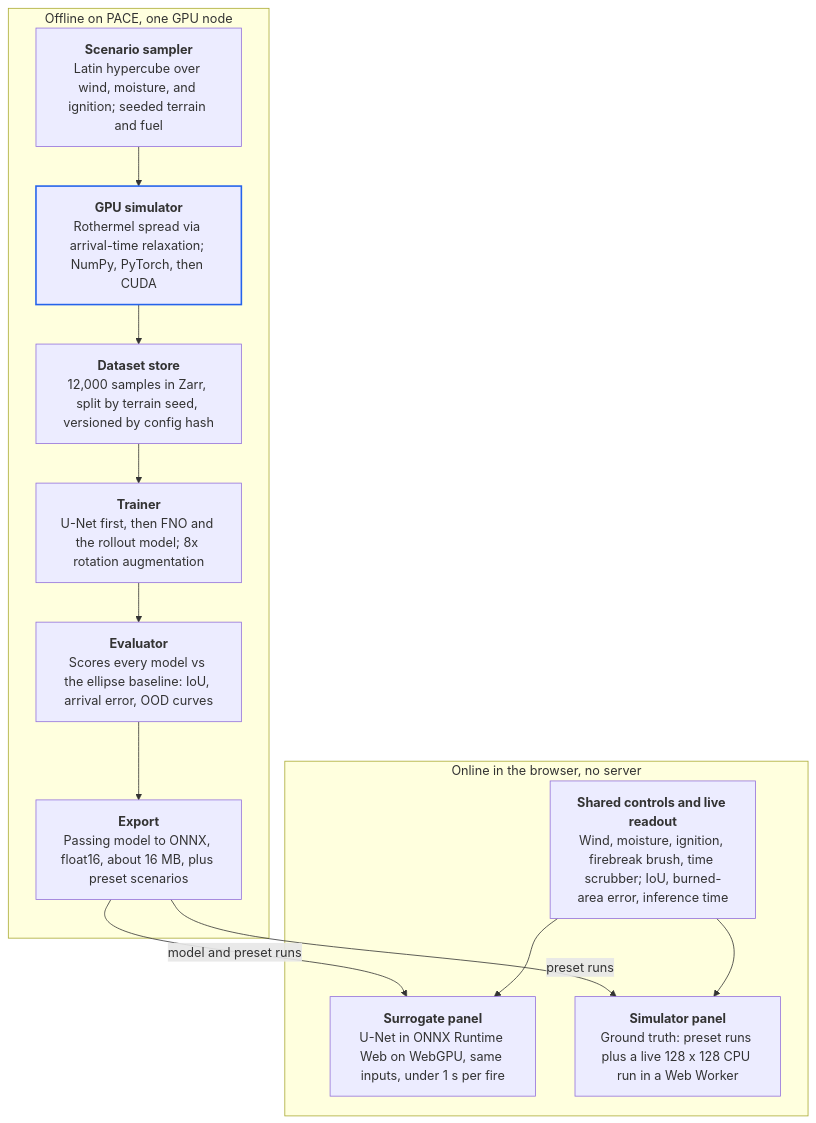
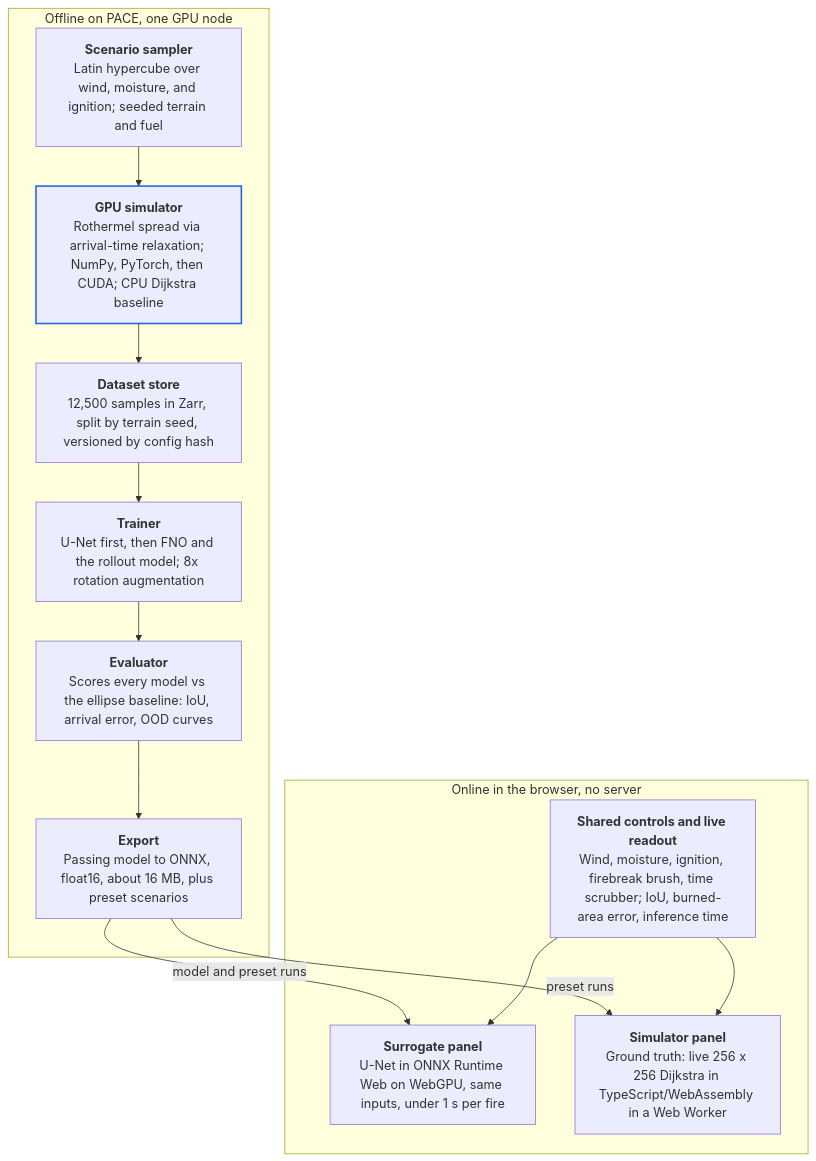
Before and after one commit to dylanhoule/flamecast: the diagram in prd.md, drawn with Mermaid. The commit also changed other lines of this file and 6 other files, not shown here.

````diff
--- a/prd.md
+++ b/prd.md
@@ -85,20 +89,20 @@
 ```mermaid
 flowchart TB
   subgraph PACE["Offline on PACE, one GPU node"]
-    A["<b>Scenario sampler</b><br/>Latin hypercube over wind, moisture, and ignition; seeded terrain and fuel"] --> B["<b>GPU simulator</b><br/>Rothermel spread via arrival-time relaxation; NumPy, PyTorch, then CUDA"]
-    B --> C["<b>Dataset store</b><br/>12,000 samples in Zarr, split by terrain seed, versioned by config hash"]
+    A["<b>Scenario sampler</b><br/>Latin hypercube over wind, moisture, and ignition; seeded terrain and fuel"] --> B["<b>GPU simulator</b><br/>Rothermel spread via arrival-time relaxation; NumPy, PyTorch, then CUDA; CPU Dijkstra baseline"]
+    B --> C["<b>Dataset store</b><br/>12,500 samples in Zarr, split by terrain seed, versioned by config hash"]
     C --> D["<b>Trainer</b><br/>U-Net first, then FNO and the rollout model; 8x rotation augmentation"]
     D --> E["<b>Evaluator</b><br/>Scores every model vs the ellipse baseline: IoU, arrival error, OOD curves"]
     E --> F["<b>Export</b><br/>Passing model to ONNX, float16, about 16 MB, plus preset scenarios"]
   end
   subgraph WEB["Online in the browser, no server"]
     G["<b>Surrogate panel</b><br/>U-Net in ONNX Runtime Web on WebGPU, same inputs, under 1 s per fire"]
-    H["<b>Simulator panel</b><br/>Ground truth: preset runs plus a live 128 x 128 CPU run in a Web Worker"]
+    H["<b>Simulator panel</b><br/>Ground truth: live 256 x 256 Dijkstra in TypeScript/WebAssembly in a Web Worker"]
     I["<b>Shared controls and live readout</b><br/>Wind, moisture, ignition, firebreak brush, time scrubber; IoU, burned-area error, inference time"]
   end
   F -- "model and preset runs" --> G
   F -- "preset runs" --> H
   I --> G
   I --> H
   style B stroke:#2563eb,stroke-width:2px
 ```
````
